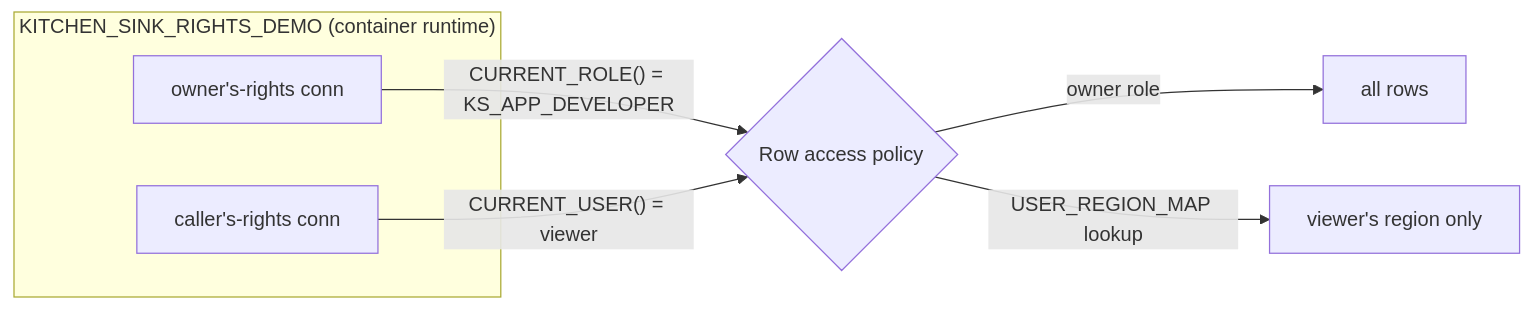
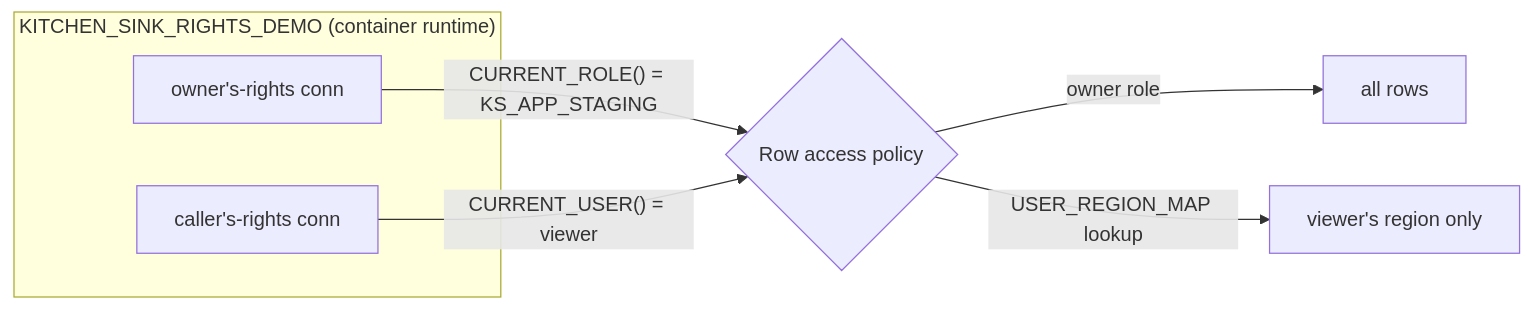
The diagram in docs/02-rights-model.md (sfc-gh-rdominguez/streamlit-kitchen-sink), drawn with Mermaid before and after one commit. The commit also changed other lines of this file and 12 other files, not shown here.

````diff
--- a/docs/02-rights-model.md
+++ b/docs/02-rights-model.md
@@ -15,11 +15,11 @@
 ```mermaid
 graph LR
     subgraph app["KITCHEN_SINK_RIGHTS_DEMO (container runtime)"]
         O["owner's-rights conn"]
         C["caller's-rights conn"]
     end
-    O -->|"CURRENT_ROLE() = KS_APP_DEVELOPER"| P{Row access policy}
+    O -->|"CURRENT_ROLE() = KS_APP_STAGING"| P{Row access policy}
     C -->|"CURRENT_USER() = viewer"| P
     P -->|owner role| ALL["all rows"]
     P -->|"USER_REGION_MAP lookup"| FILT["viewer's region only"]
 ```
````
